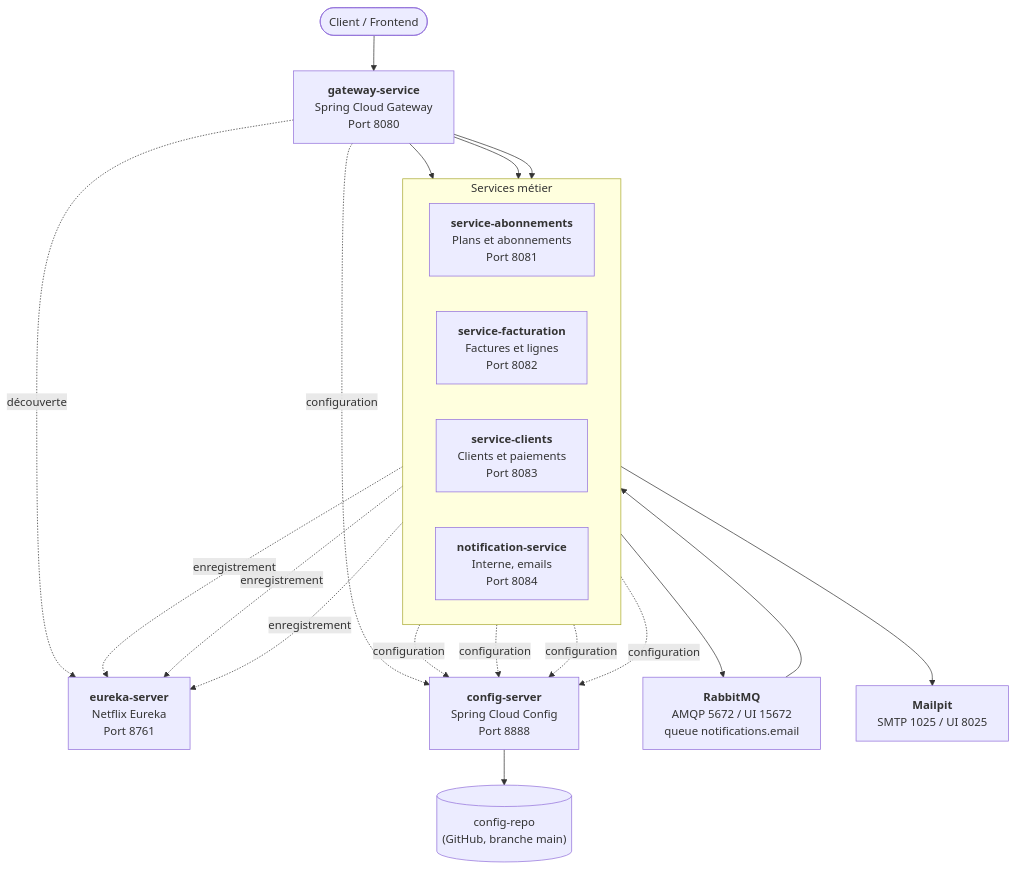
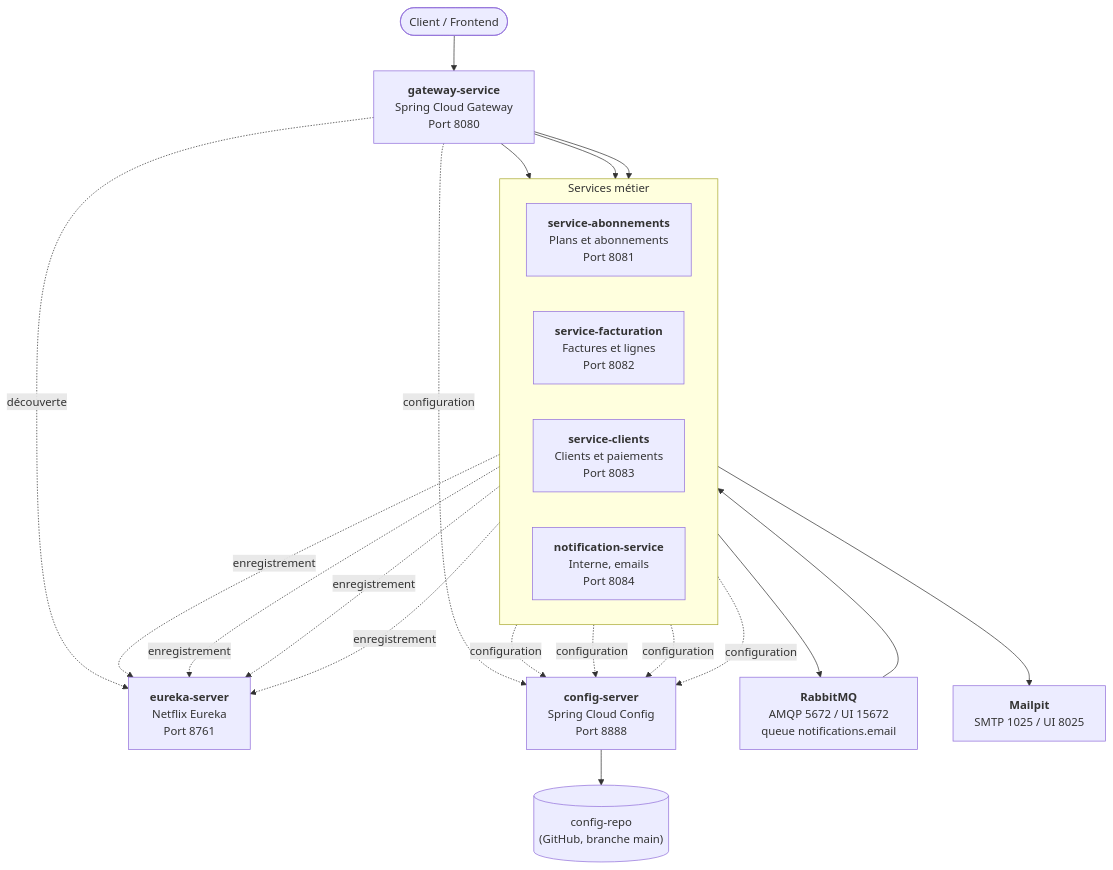
Before and after one commit to othman-gr3/bill-flex: the second of 3 diagrams in README.md, drawn with Mermaid. The commit also changed other lines of this file and 40 other files, not shown here.

````diff
--- a/README.md
+++ b/README.md
@@ -130,39 +130,40 @@
 ```mermaid
 flowchart TB
     U([Client / Frontend])
 
     GW["<b>gateway-service</b><br/>Spring Cloud Gateway<br/>Port 8080"]
     EU["<b>eureka-server</b><br/>Netflix Eureka<br/>Port 8761"]
     CS["<b>config-server</b><br/>Spring Cloud Config<br/>Port 8888"]
     GIT[("config-repo<br/>(GitHub, branche main)")]
     RMQ["<b>RabbitMQ</b><br/>AMQP 5672 / UI 15672<br/>queue notifications.email"]
     MP["<b>Mailpit</b><br/>SMTP 1025 / UI 8025"]
 
     subgraph MS [Services métier]
         direction LR
         SA["<b>service-abonnements</b><br/>Plans et abonnements<br/>Port 8081"]
         SF["<b>service-facturation</b><br/>Factures et lignes<br/>Port 8082"]
         SC["<b>service-clients</b><br/>Clients et paiements<br/>Port 8083"]
         NS["<b>notification-service</b><br/>Interne, emails<br/>Port 8084"]
     end
 
     U --> GW
     GW --> SA
     GW --> SF
     GW --> SC
     SF --> RMQ
     RMQ --> NS
     NS --> MP
 
     SA -. enregistrement .-> EU
     SF -. enregistrement .-> EU
     SC -. enregistrement .-> EU
+    NS -. enregistrement .-> EU
     GW -. découverte .-> EU
 
     SA -. configuration .-> CS
     SF -. configuration .-> CS
     SC -. configuration .-> CS
     NS -. configuration .-> CS
     GW -. configuration .-> CS
     CS --> GIT
 ```
````
